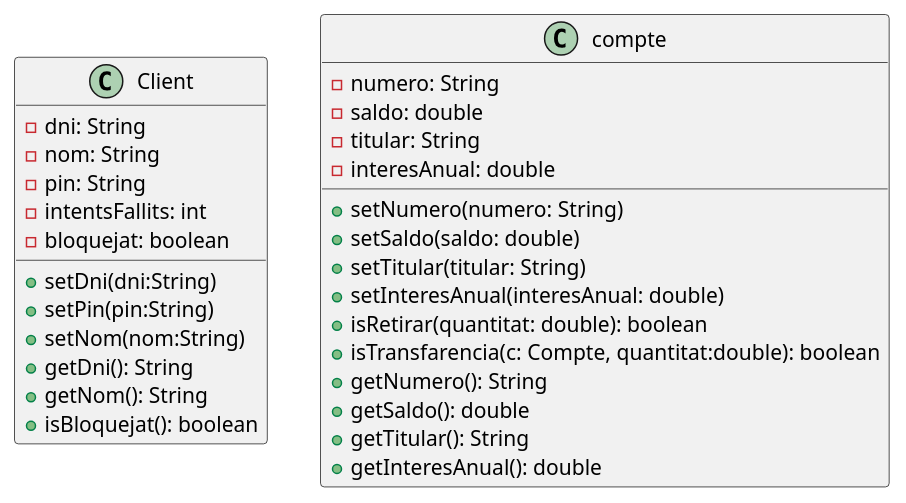
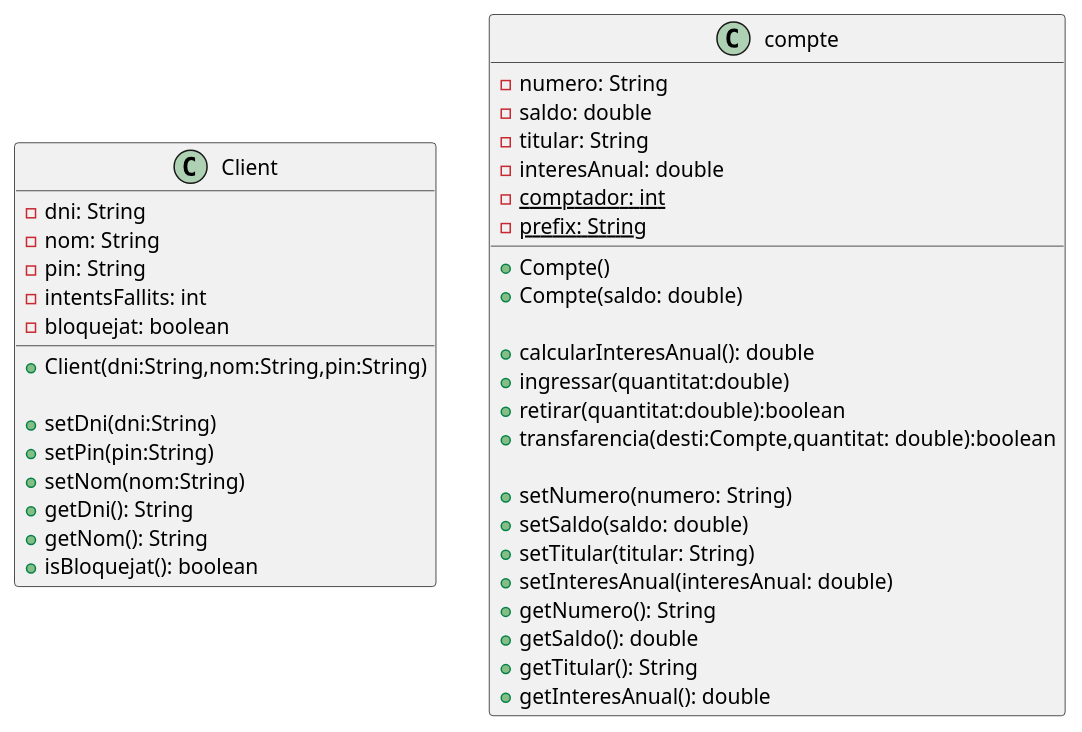
One commit to ins-vib/poo-atm-jopo738-web changed the diagram in UML/classes.puml. Above: the diagram before and after it, drawn with PlantUML. The commit also changed 6 other files, not shown here.

```diff
--- a/UML/classes.puml
+++ b/UML/classes.puml
@@ -1,36 +1,48 @@
 @startuml
 class Client {
     - dni: String
     - nom: String
     - pin: String
     - intentsFallits: int
     - bloquejat: boolean
 
+    + Client(dni:String,nom:String,pin:String)
+
     + setDni(dni:String)
     + setPin(pin:String)
     + setNom(nom:String)
     + getDni(): String
     + getNom(): String
     + isBloquejat(): boolean
+
+    
 
 }
 
 class compte {
     - numero: String
     - saldo: double
     - titular: String
     - interesAnual: double
+    {static} - comptador: int
+    {static} - prefix: String
+
+    + Compte()
+    + Compte(saldo: double)
+
+    + calcularInteresAnual(): double
+    + ingressar(quantitat:double)
+    + retirar(quantitat:double):boolean
+    + transfarencia(desti:Compte,quantitat: double):boolean
 
     + setNumero(numero: String)
     + setSaldo(saldo: double)
     + setTitular(titular: String)
     + setInteresAnual(interesAnual: double)
-    + isRetirar(quantitat: double): boolean
-    + isTransfarencia(c: Compte, quantitat:double): boolean
     + getNumero(): String
     + getSaldo(): double
     + getTitular(): String
     + getInteresAnual(): double
 }
 
 @enduml
```
